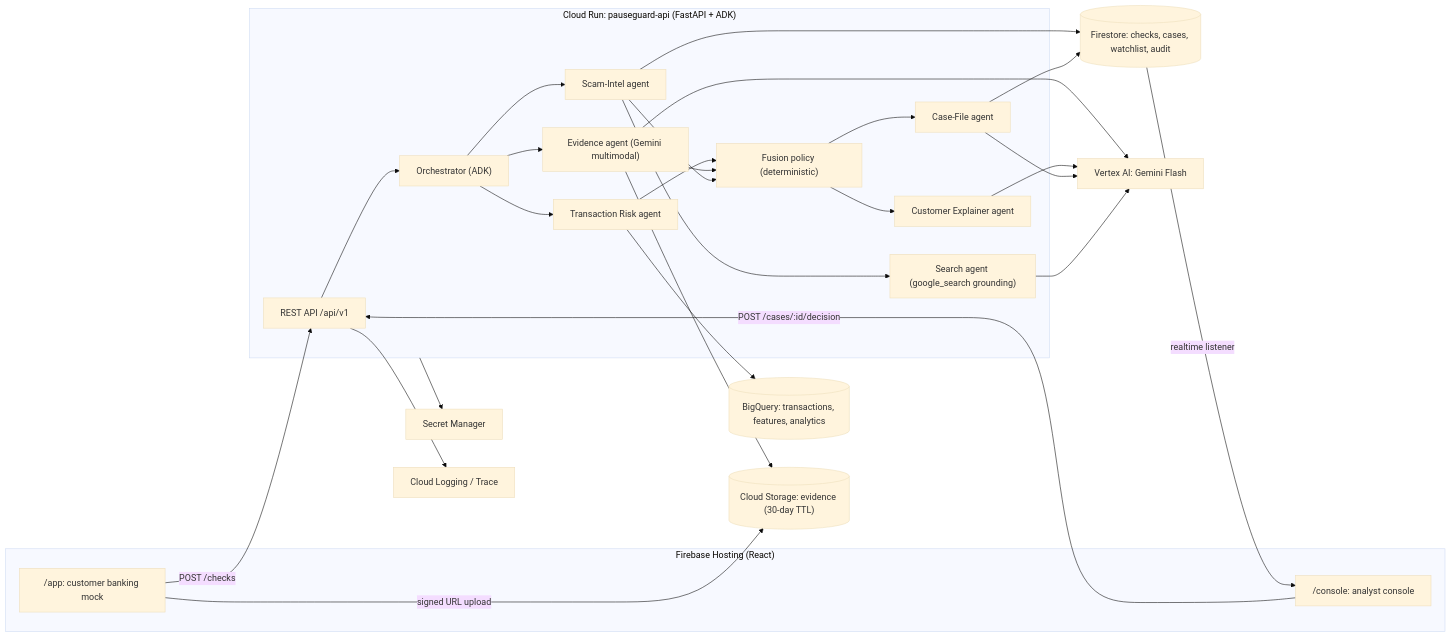
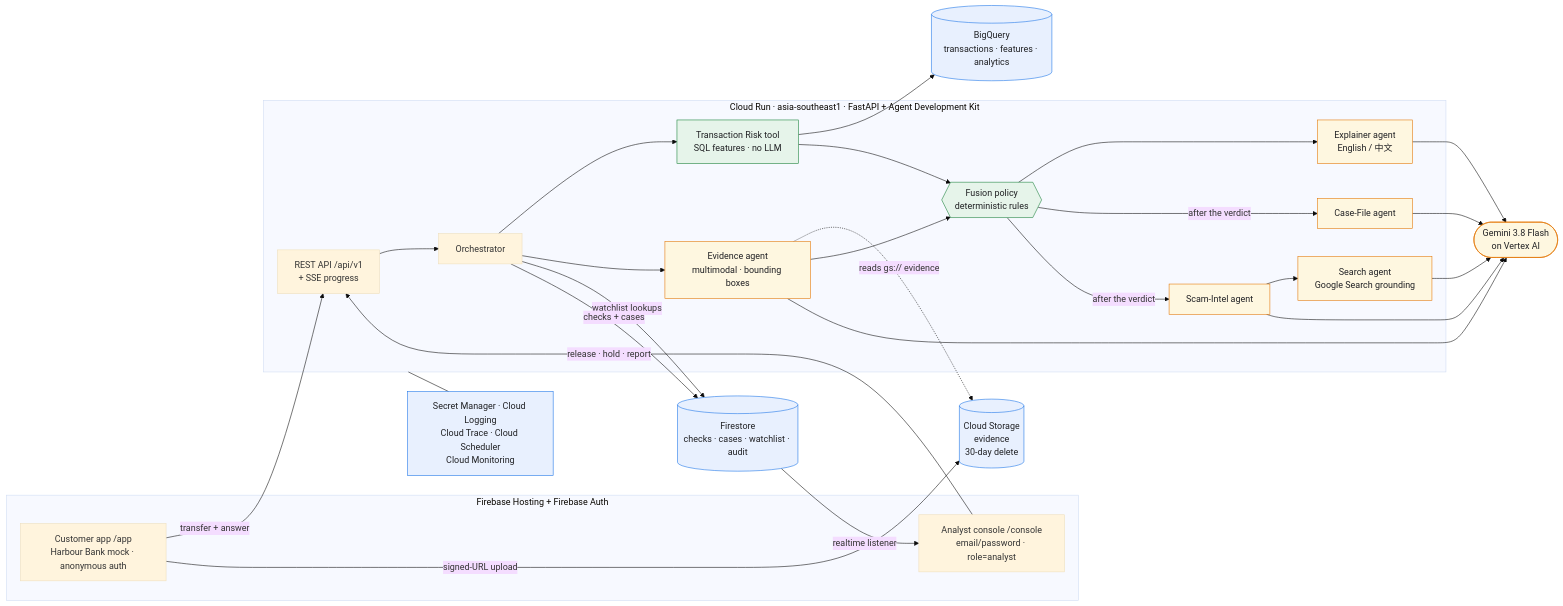
One commit to cikohtech/pauseguard changed the diagram in docs/ARCHITECTURE.md. Above: the diagram before and after it, drawn with Mermaid (base theme). The commit also changed other lines of this file and 42 other files, not shown here.

````diff
--- a/docs/ARCHITECTURE.md
+++ b/docs/ARCHITECTURE.md
@@ -5,41 +5,49 @@
 ```mermaid
 flowchart LR
-  subgraph Client["Firebase Hosting (React)"]
-    APP["/app: customer banking mock"]
-    CON["/console: analyst console"]
+  subgraph FB["Firebase Hosting + Firebase Auth"]
+    APP["Customer app /app<br/>Harbour Bank mock · anonymous auth"]
+    CON["Analyst console /console<br/>email/password · role=analyst"]
   end
 
-  subgraph Run["Cloud Run: pauseguard-api (FastAPI + ADK)"]
-    API["REST API /api/v1"]
-    ORCH["Orchestrator (ADK)"]
-    TR["Transaction Risk agent"]
-    EV["Evidence agent (Gemini multimodal)"]
+  subgraph CR["Cloud Run · asia-southeast1 · FastAPI + Agent Development Kit"]
+    API["REST API /api/v1<br/>+ SSE progress"]
+    ORCH["Orchestrator"]
+    TR["Transaction Risk tool<br/>SQL features · no LLM"]
+    EV["Evidence agent<br/>multimodal · bounding boxes"]
+    FUS{{"Fusion policy<br/>deterministic rules"}}
+    EX["Explainer agent<br/>English / 中文"]
+    CF["Case-File agent"]
     SI["Scam-Intel agent"]
-    GS["Search agent (google_search grounding)"]
-    FUS["Fusion policy (deterministic)"]
-    EX["Customer Explainer agent"]
-    CF["Case-File agent"]
+    GS["Search agent<br/>Google Search grounding"]
   end
 
-  VX["Vertex AI: Gemini Flash"]
-  BQ[("BigQuery: transactions, features, analytics")]
-  FS[("Firestore: checks, cases, watchlist, audit")]
-  GCS[("Cloud Storage: evidence (30-day TTL)")]
-  SM["Secret Manager"]
-  LOG["Cloud Logging / Trace"]
+  VX(["Gemini 3.8 Flash<br/>on Vertex AI"])
+  BQ[("BigQuery<br/>transactions · features · analytics")]
+  FS[("Firestore<br/>checks · cases · watchlist · audit")]
+  GCS[("Cloud Storage<br/>evidence<br/>30-day delete")]
+  OPS["Secret Manager · Cloud Logging<br/>Cloud Trace · Cloud Scheduler<br/>Cloud Monitoring"]
 
-  APP -->|"POST /checks"| API
-  APP -->|"signed URL upload"| GCS
+  APP -->|"transfer + answer"| API
+  APP -->|"signed-URL upload"| GCS
   API --> ORCH
   ORCH --> TR --> BQ
-  ORCH --> EV --> GCS
-  ORCH --> SI --> FS
+  ORCH --> EV
+  EV -.->|"reads gs:// evidence"| GCS
+  ORCH -->|"watchlist lookups"| FS
+  TR & EV --> FUS
+  FUS --> EX
+  FUS -->|"after the verdict"| CF & SI
   SI --> GS
-  TR & EV & SI --> FUS --> EX
-  FUS --> CF --> FS
-  EV & EX & CF & GS --> VX
+  EV & EX & CF & SI & GS --> VX
+  ORCH -->|"checks + cases"| FS
   FS -->|"realtime listener"| CON
-  CON -->|"POST /cases/:id/decision"| API
-  API --> LOG
-  Run --> SM
+  CON -->|"release · hold · report"| API
+  CR --- OPS
+
+  classDef gcp fill:#E8F0FE,stroke:#1A73E8,color:#202124
+  classDef ai fill:#FEF7E0,stroke:#E37400,color:#202124
+  classDef rule fill:#E6F4EA,stroke:#188038,color:#202124
+  class BQ,FS,GCS,OPS gcp
+  class VX,EV,EX,CF,SI,GS ai
+  class FUS,TR rule
 ```
````
